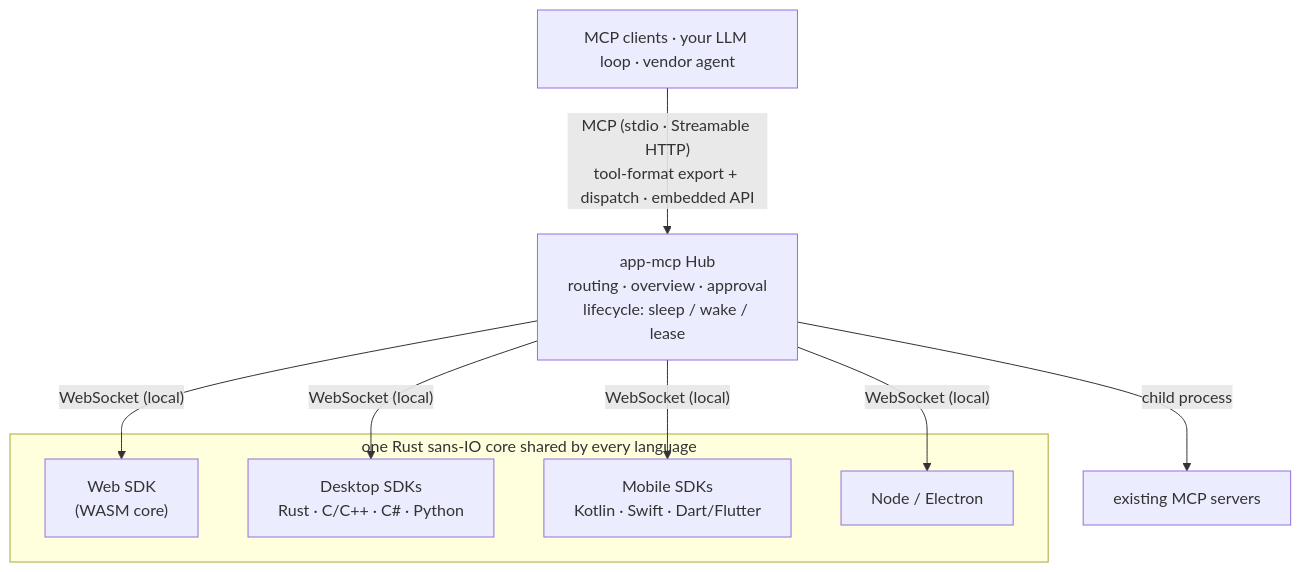
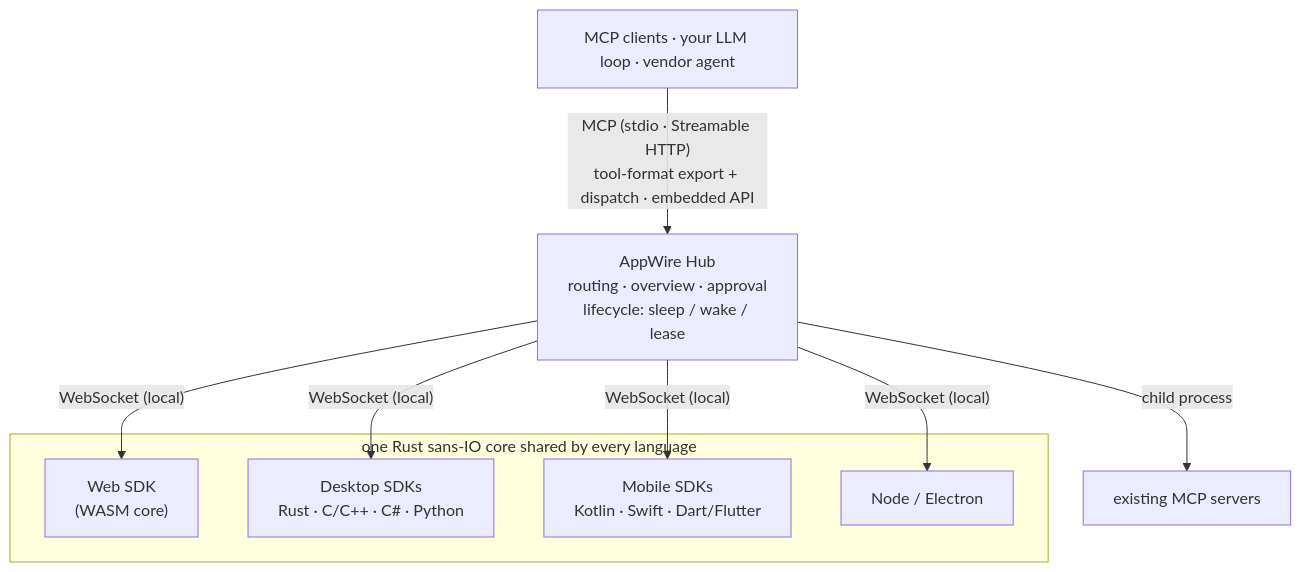
One commit to stareing/appwire changed the diagram in README.md. Above: the diagram before and after it, drawn with Mermaid. The commit also changed other lines of this file and 51 other files, not shown here.

First line of the commit message:
发布元数据与文档：AppWire 品牌、多语言 README、包元数据

````diff
--- a/README.md
+++ b/README.md
@@ -50,17 +143,17 @@
 ```mermaid
 flowchart TD
   clients["MCP clients · your LLM loop · vendor agent"]
-  hub["app-mcp Hub<br/>routing · overview · approval<br/>lifecycle: sleep / wake / lease"]
+  hub["AppWire Hub<br/>routing · overview · approval<br/>lifecycle: sleep / wake / lease"]
   clients -- "MCP (stdio · Streamable HTTP)<br/>tool-format export + dispatch · embedded API" --> hub
   hub -- "WebSocket (local)" --> web["Web SDK<br/>(WASM core)"]
   hub -- "WebSocket (local)" --> desktop["Desktop SDKs<br/>Rust · C/C++ · C# · Python"]
   hub -- "WebSocket (local)" --> mobile["Mobile SDKs<br/>Kotlin · Swift · Dart/Flutter"]
   hub -- "WebSocket (local)" --> node["Node / Electron"]
   hub -- "child process" --> upstream["existing MCP servers"]
   subgraph core["one Rust sans-IO core shared by every language"]
     web
     desktop
     mobile
     node
   end
 ```
````
